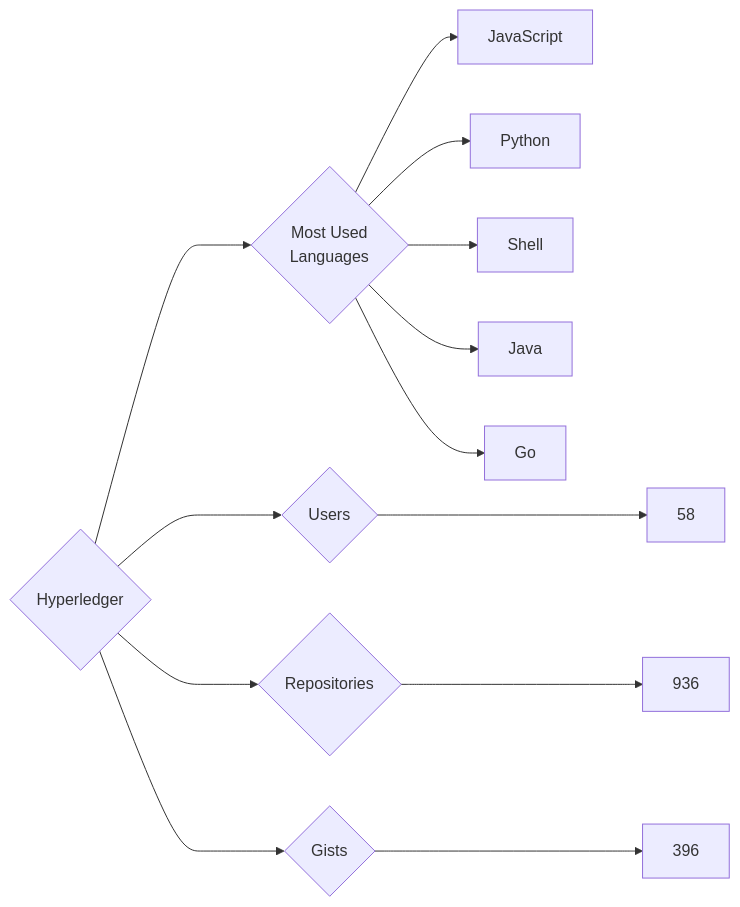
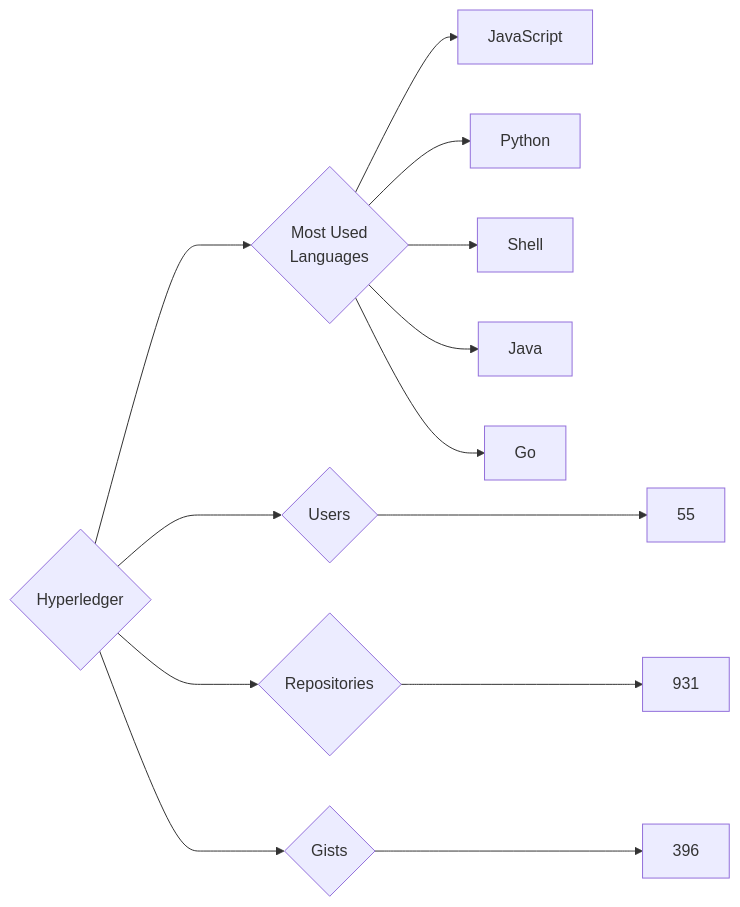
One commit to trickest/insiders changed the diagram in targets/Hyperledger/README.md. Above: the diagram before and after it, drawn with Mermaid. The commit also changed 927 other files, not shown here.

````diff
--- a/targets/Hyperledger/README.md
+++ b/targets/Hyperledger/README.md
@@ -3,13 +3,13 @@
 ```mermaid
 graph LR
 COMPANY_NAME{Hyperledger}
-COMPANY_NAME ---> U{Users} ---> UN[58]
-COMPANY_NAME ---> R{Repositories} ---> RN[936]
+COMPANY_NAME ---> U{Users} ---> UN[55]
+COMPANY_NAME ---> R{Repositories} ---> RN[931]
 COMPANY_NAME ---> G{Gists} ---> GN[396]
 COMPANY_NAME ---> ML{Most Used<br>Languages}
 ML --> JavaScript[JavaScript]
 ML --> Python[Python]
 ML --> Shell[Shell]
 ML --> Java[Java]
 ML --> Go[Go]
 ```
````
